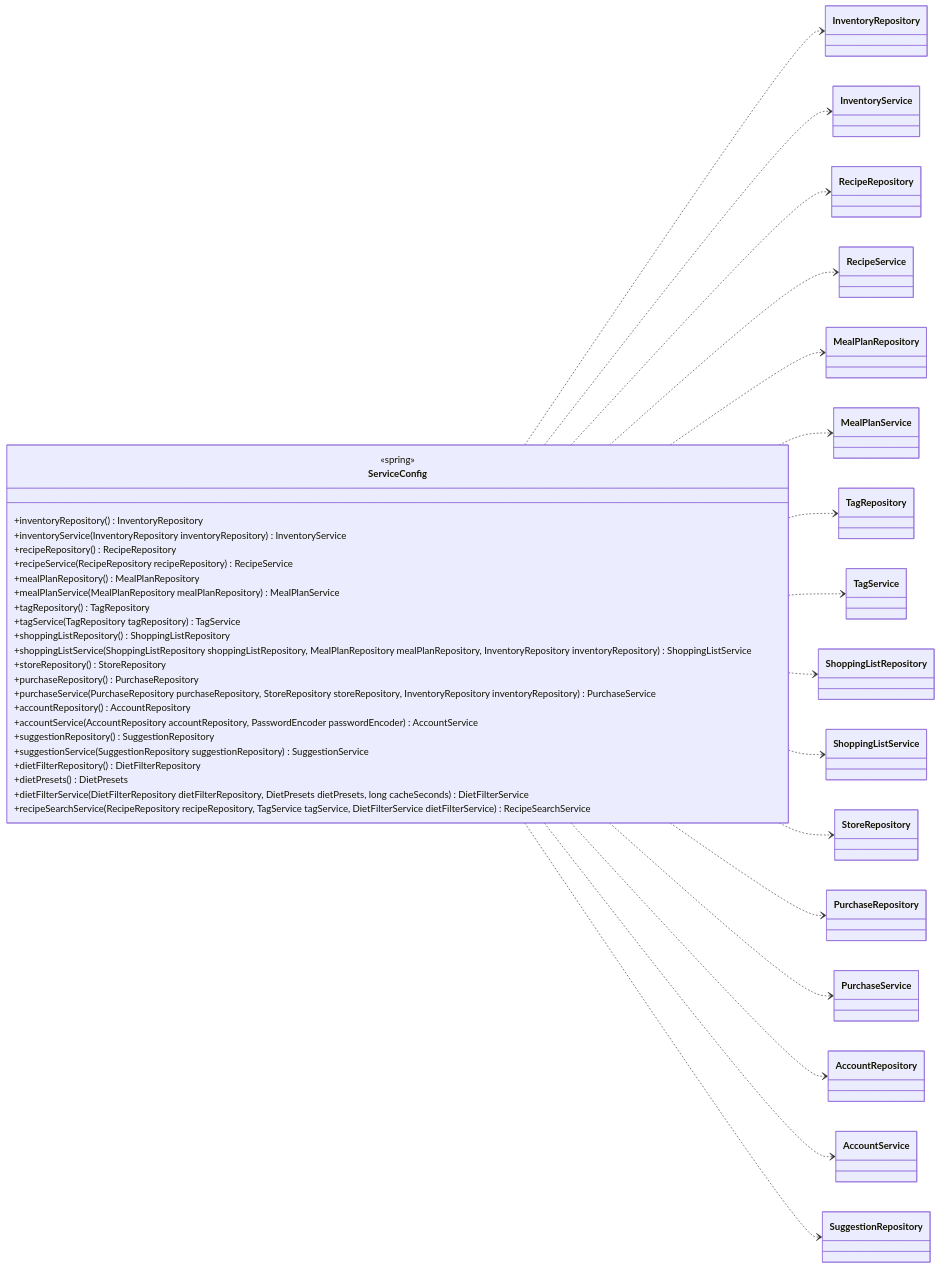
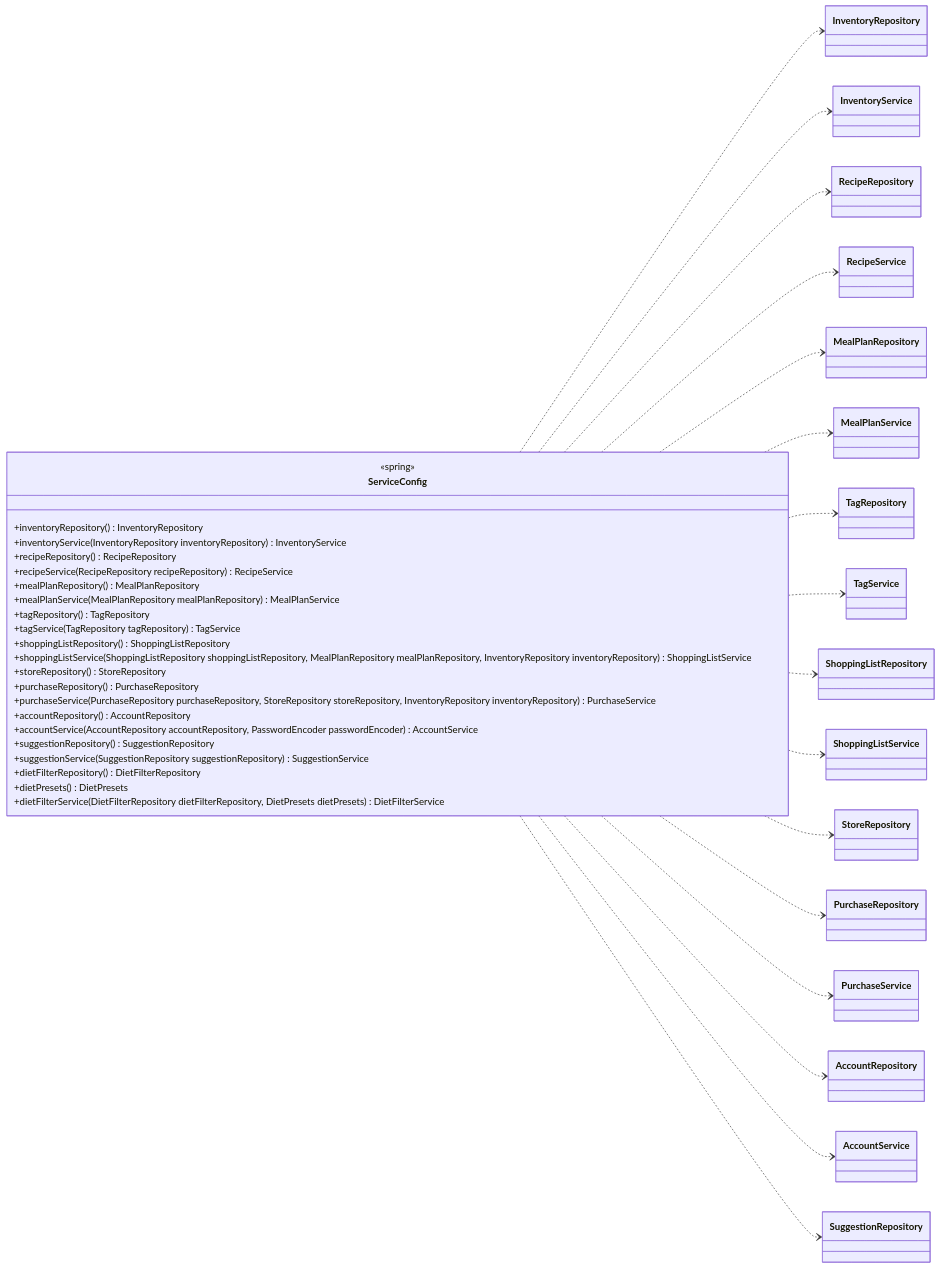
Diagram 41 of 51 in docs/classes/api.md (Nate-ryan-7690/dahaem), drawn with Mermaid before and after one commit. The commit also changed other lines of this file and 7 other files, not shown here.

````diff
--- a/docs/classes/api.md
+++ b/docs/classes/api.md
@@ -1997,61 +1864,60 @@
 ```mermaid
 classDiagram
     direction LR
     class api_ServiceConfig["ServiceConfig"] {
         <<spring>>
         +inventoryRepository() InventoryRepository
         +inventoryService(InventoryRepository inventoryRepository) InventoryService
         +recipeRepository() RecipeRepository
         +recipeService(RecipeRepository recipeRepository) RecipeService
         +mealPlanRepository() MealPlanRepository
         +mealPlanService(MealPlanRepository mealPlanRepository) MealPlanService
         +tagRepository() TagRepository
         +tagService(TagRepository tagRepository) TagService
         +shoppingListRepository() ShoppingListRepository
         +shoppingListService(ShoppingListRepository shoppingListRepository, MealPlanRepository mealPlanRepository, InventoryRepository inventoryRepository) ShoppingListService
         +storeRepository() StoreRepository
         +purchaseRepository() PurchaseRepository
         +purchaseService(PurchaseRepository purchaseRepository, StoreRepository storeRepository, InventoryRepository inventoryRepository) PurchaseService
         +accountRepository() AccountRepository
         +accountService(AccountRepository accountRepository, PasswordEncoder passwordEncoder) AccountService
         +suggestionRepository() SuggestionRepository
         +suggestionService(SuggestionRepository suggestionRepository) SuggestionService
         +dietFilterRepository() DietFilterRepository
         +dietPresets() DietPresets
-        +dietFilterService(DietFilterRepository dietFilterRepository, DietPresets dietPresets, long cacheSeconds) DietFilterService
-        +recipeSearchService(RecipeRepository recipeRepository, TagService tagService, DietFilterService dietFilterService) RecipeSearchService
+        +dietFilterService(DietFilterRepository dietFilterRepository, DietPresets dietPresets) DietFilterService
     }
     class inventory_InventoryRepository["InventoryRepository"]
     class inventory_InventoryService["InventoryService"]
     class mealplanner_RecipeRepository["RecipeRepository"]
     class mealplanner_RecipeService["RecipeService"]
     class mealplanner_MealPlanRepository["MealPlanRepository"]
     class mealplanner_MealPlanService["MealPlanService"]
     class tags_TagRepository["TagRepository"]
     class tags_TagService["TagService"]
     class shopping_ShoppingListRepository["ShoppingListRepository"]
     class shopping_ShoppingListService["ShoppingListService"]
     class stores_StoreRepository["StoreRepository"]
     class finance_PurchaseRepository["PurchaseRepository"]
     class finance_PurchaseService["PurchaseService"]
     class auth_AccountRepository["AccountRepository"]
     class auth_AccountService["AccountService"]
     class suggestions_SuggestionRepository["SuggestionRepository"]
     api_ServiceConfig ..> inventory_InventoryRepository
     api_ServiceConfig ..> inventory_InventoryService
     api_ServiceConfig ..> mealplanner_RecipeRepository
     api_ServiceConfig ..> mealplanner_RecipeService
     api_ServiceConfig ..> mealplanner_MealPlanRepository
     api_ServiceConfig ..> mealplanner_MealPlanService
     api_ServiceConfig ..> tags_TagRepository
     api_ServiceConfig ..> tags_TagService
     api_ServiceConfig ..> shopping_ShoppingListRepository
     api_ServiceConfig ..> shopping_ShoppingListService
     api_ServiceConfig ..> stores_StoreRepository
     api_ServiceConfig ..> finance_PurchaseRepository
     api_ServiceConfig ..> finance_PurchaseService
     api_ServiceConfig ..> auth_AccountRepository
     api_ServiceConfig ..> auth_AccountService
     api_ServiceConfig ..> suggestions_SuggestionRepository
-    %% 5 more neighbours not drawn
+    %% 4 more neighbours not drawn
 ```
````
